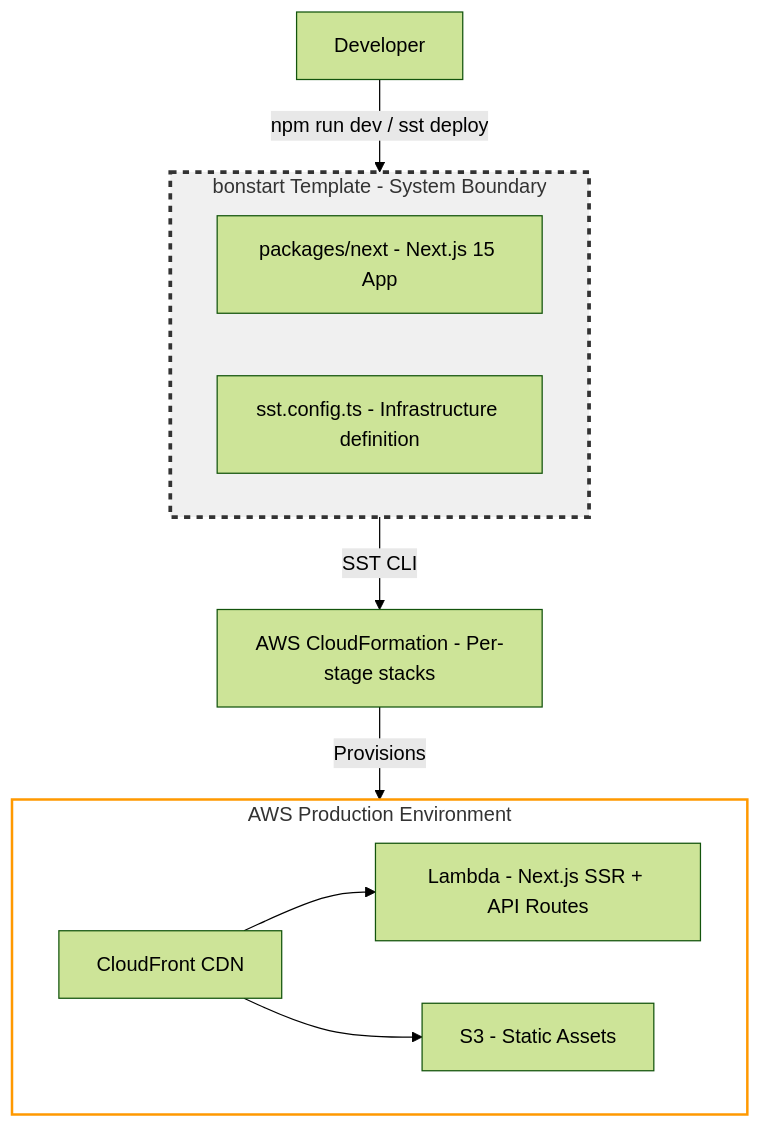
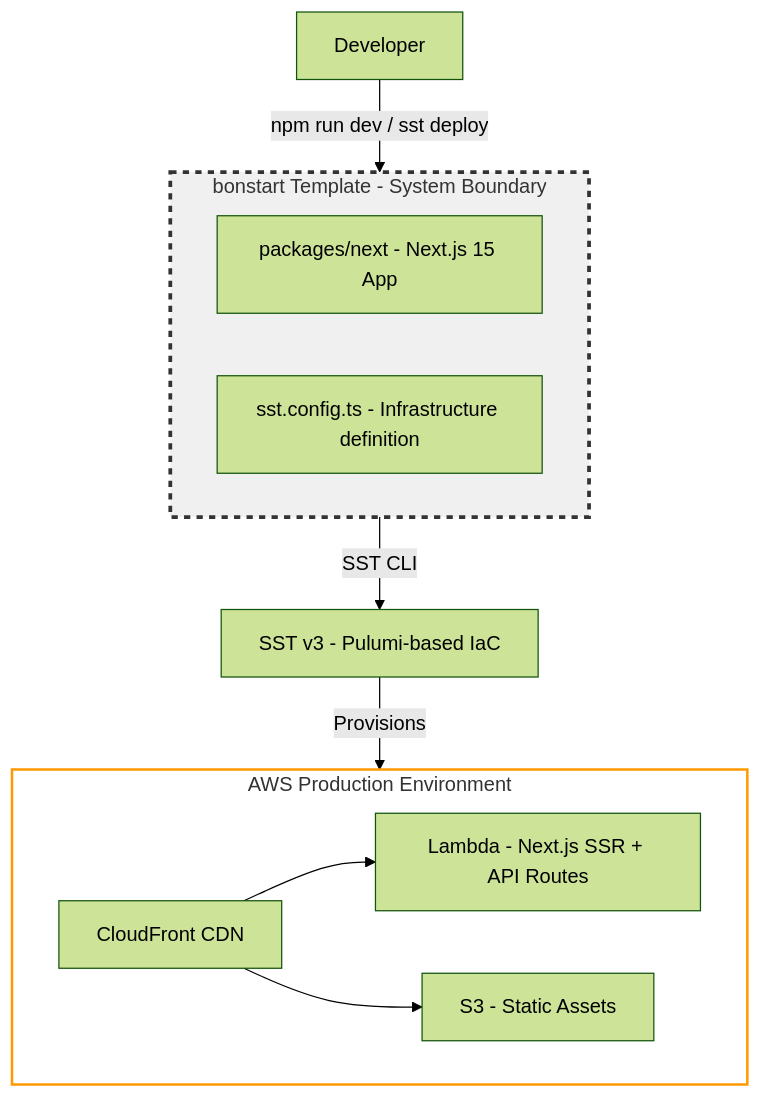
Before and after one commit to claymore82/bonterra-outcomes-app: the diagram in docs/examples/ARCHITECTURE.md, drawn with Mermaid (forest theme). The commit also changed other lines of this file, not shown here.

Commit message:
fix cloudformation lol

````diff
--- a/docs/examples/ARCHITECTURE.md
+++ b/docs/examples/ARCHITECTURE.md
@@ -23,27 +23,27 @@
 ```mermaid
 graph TB
     Dev[Developer]
     
     subgraph system[bonstart Template - System Boundary]
         Next[packages/next - Next.js 15 App]
         SSTConfig[sst.config.ts - Infrastructure definition]
     end
     
-    CFN[AWS CloudFormation - Per-stage stacks]
+    SST[SST v3 - Pulumi-based IaC]
     
     subgraph aws[AWS Production Environment]
         CF[CloudFront CDN]
         Lambda[Lambda - Next.js SSR + API Routes]
         S3[S3 - Static Assets]
     end
     
     Dev -->|npm run dev / sst deploy| system
-    system -->|SST CLI| CFN
-    CFN -->|Provisions| aws
+    system -->|SST CLI| SST
+    SST -->|Provisions| aws
     
     CF --> Lambda
     CF --> S3
     
     style system fill:#f0f0f0,stroke:#333,stroke-width:3px,stroke-dasharray: 5 5
     style aws fill:#fff,stroke:#ff9900,stroke-width:2px
 ```
````
